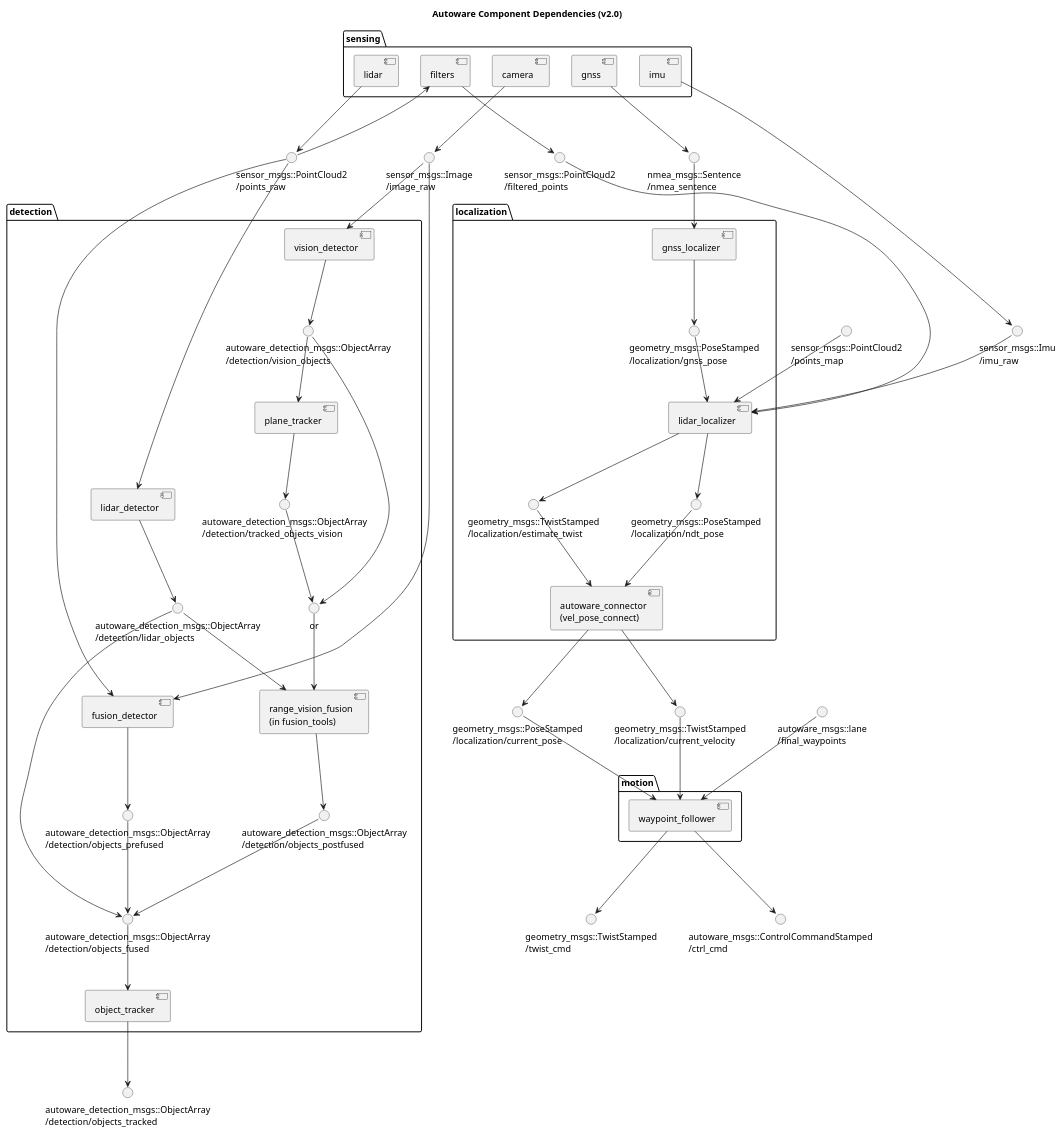
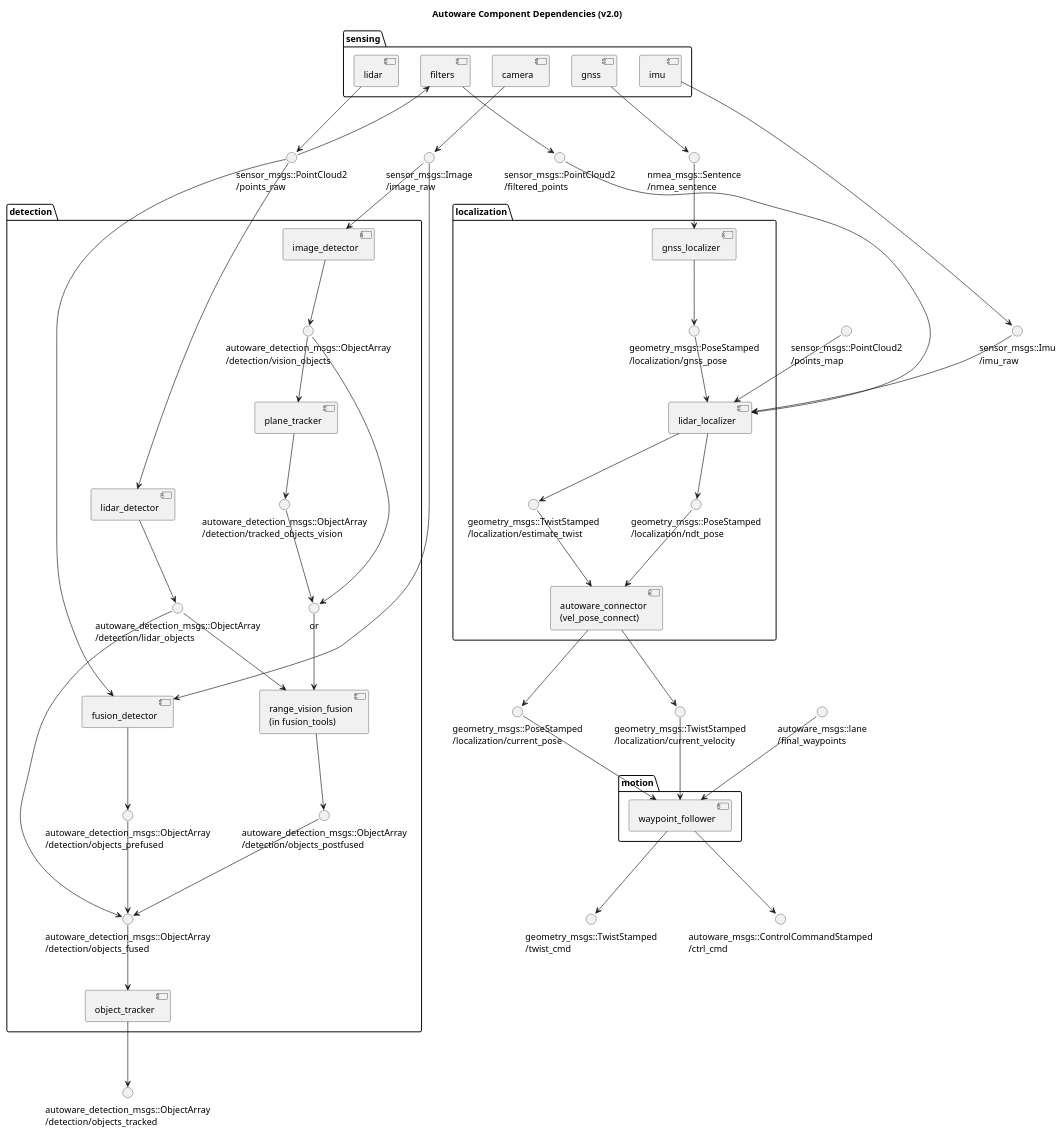
The diagram in docs/architecture/ComponentDiagram.pu (heyuliang/Autoware), drawn with PlantUML before and after one commit.

Commit message:
Rename vision_detector to image_detector

```diff
--- a/docs/architecture/ComponentDiagram.pu
+++ b/docs/architecture/ComponentDiagram.pu
@@ -1,154 +1,154 @@
 @startuml
 
 title Autoware Component Dependencies (v2.0)
 
 () "sensor_msgs::Image\n/image_raw" as image_raw
 () "sensor_msgs::PointCloud2\n/points_raw" as points_raw
 () "sensor_msgs::PointCloud2\n/filtered_points" as filtered_points
 () "sensor_msgs::Imu\n/imu_raw" as imu_raw 
 () "nmea_msgs::Sentence\n/nmea_sentence" as nmea_sentence
 
 folder sensing {
     [camera]
     'outputs
     camera --> image_raw
 
     [lidar]
     'outputs
     lidar --> points_raw
 
     [filters]
     'inputs
     points_raw --> filters
     'outputs
     filters --> filtered_points
 
     [imu]
     'outputs
     imu --> imu_raw
 
     [gnss]
     'outputs
     gnss --> nmea_sentence
 }
 
 () "autoware_detection_msgs::ObjectArray\n/detection/objects_tracked" as objects_tracked
 '() "autoware_detection_msgs::TrafficLight\n/detection/traffic_light_color" as traffic_light_color
 
 folder detection {
     () "autoware_detection_msgs::ObjectArray\n/detection/vision_objects" as detected_objects_vision
     () "autoware_detection_msgs::ObjectArray\n/detection/tracked_objects_vision" as tracked_objects_vision
     () "or" as vision_objects
     () "autoware_detection_msgs::ObjectArray\n/detection/lidar_objects" as detected_objects_lidar
     () "autoware_detection_msgs::ObjectArray\n/detection/objects_postfused" as detected_objects_combined
     () "autoware_detection_msgs::ObjectArray\n/detection/objects_prefused" as detected_objects_fused
     () "autoware_detection_msgs::ObjectArray\n/detection/objects_fused" as objects_fused
 
-    [vision_detector]
+    [image_detector]
     'inputs
-    image_raw --> vision_detector
+    image_raw --> image_detector
     'outputs
-    vision_detector --> detected_objects_vision
+    image_detector --> detected_objects_vision
 
     [plane_tracker]
     'inputs
     detected_objects_vision --> plane_tracker
     'outputs
     plane_tracker --> tracked_objects_vision
 
     [lidar_detector]
     'inputs
     points_raw --> lidar_detector
     'outputs
     lidar_detector --> detected_objects_lidar
 
     [fusion_detector]
     'inputs
     image_raw --> fusion_detector
     points_raw --> fusion_detector
     'outputs
     fusion_detector --> detected_objects_fused
 
     [range_vision_fusion\n(in fusion_tools)] as fusion_tools
     'inputs
     vision_objects --> fusion_tools
     detected_objects_lidar --> fusion_tools
     'outputs
     fusion_tools --> detected_objects_combined
 
     'connection
     detected_objects_vision --> vision_objects
     tracked_objects_vision --> vision_objects
 
     detected_objects_lidar --> objects_fused
     detected_objects_combined --> objects_fused
     detected_objects_fused --> objects_fused
 
     [object_tracker]
     'inputs
     objects_fused --> object_tracker
     'outputs
     object_tracker --> objects_tracked
 
     '[trafficlight_recognizer]
     'inputs
     'image_raw --> trafficlight_recognizer
     'outputs
     'trafficlight_recognizer --> traffic_light_color
 }
 
 'lidar_localizer
 () "sensor_msgs::PointCloud2\n/points_map" as points_map
 
 'vel_pose_connect
 () "geometry_msgs::PoseStamped\n/localization/current_pose" as current_pose
 () "geometry_msgs::TwistStamped\n/localization/current_velocity" as current_velocity
 
 folder localization {
     () "geometry_msgs::PoseStamped\n/localization/gnss_pose" as gnss_pose
     () "geometry_msgs::TwistStamped\n/localization/estimate_twist" as estimate_twist
     () "geometry_msgs::PoseStamped\n/localization/ndt_pose" as ndt_pose
 
     [gnss_localizer]
     'inputs
     nmea_sentence --> gnss_localizer
     'outputs
     gnss_localizer --> gnss_pose
 
     [lidar_localizer]
     'inputs
     gnss_pose --> lidar_localizer
     filtered_points --> lidar_localizer
     points_map --> lidar_localizer
     imu_raw --> lidar_localizer
     'outputs
     lidar_localizer --> estimate_twist
     lidar_localizer --> ndt_pose
 
     [autoware_connector\n(vel_pose_connect)] as vel_pose_connect
     'inputs
     estimate_twist --> vel_pose_connect
     ndt_pose --> vel_pose_connect
     'outputs
     vel_pose_connect --> current_pose
     vel_pose_connect --> current_velocity
 
     '[dead_reckoner] @ Autoware v2.0
 }
 
 () "autoware_msgs::lane\n/final_waypoints" as final_waypoints
 () "geometry_msgs::TwistStamped\n/twist_cmd" as twist_cmd
 () "autoware_msgs::ControlCommandStamped\n/ctrl_cmd" as ctrl_cmd
 
 folder motion {
     [waypoint_follower]
     'inputs
     current_pose --> waypoint_follower
     current_velocity --> waypoint_follower
     final_waypoints --> waypoint_follower
     'outputs
     waypoint_follower --> twist_cmd
     waypoint_follower --> ctrl_cmd
 }
 
 @enduml
```
